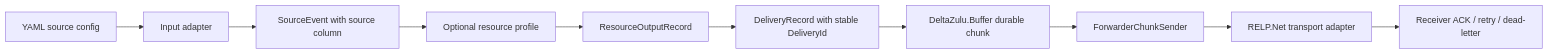
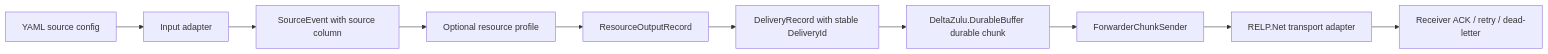
Before and after one commit to DeltaZulu-OU/DeltaZulu.Agent: the second of 2 diagrams in docs/ARCHITECTURE.md, drawn with Mermaid. The commit also changed other lines of this file and 123 other files, not shown here.

Commit message:
Rename DeltaZulu.Buffer to DeltaZulu.DurableBuffer

````diff
--- a/docs/ARCHITECTURE.md
+++ b/docs/ARCHITECTURE.md
@@ -61,12 +61,12 @@
 ```mermaid
 flowchart LR
     A[YAML source config] --> B[Input adapter]
     B --> C[SourceEvent with source column]
     C --> D[Optional resource profile]
     D --> E[ResourceOutputRecord]
     E --> F[DeliveryRecord with stable DeliveryId]
-    F --> G[DeltaZulu.Buffer durable chunk]
+    F --> G[DeltaZulu.DurableBuffer durable chunk]
     G --> H[ForwarderChunkSender]
     H --> I[RELP.Net transport adapter]
     I --> J[Receiver ACK / retry / dead-letter]
 ```
````
